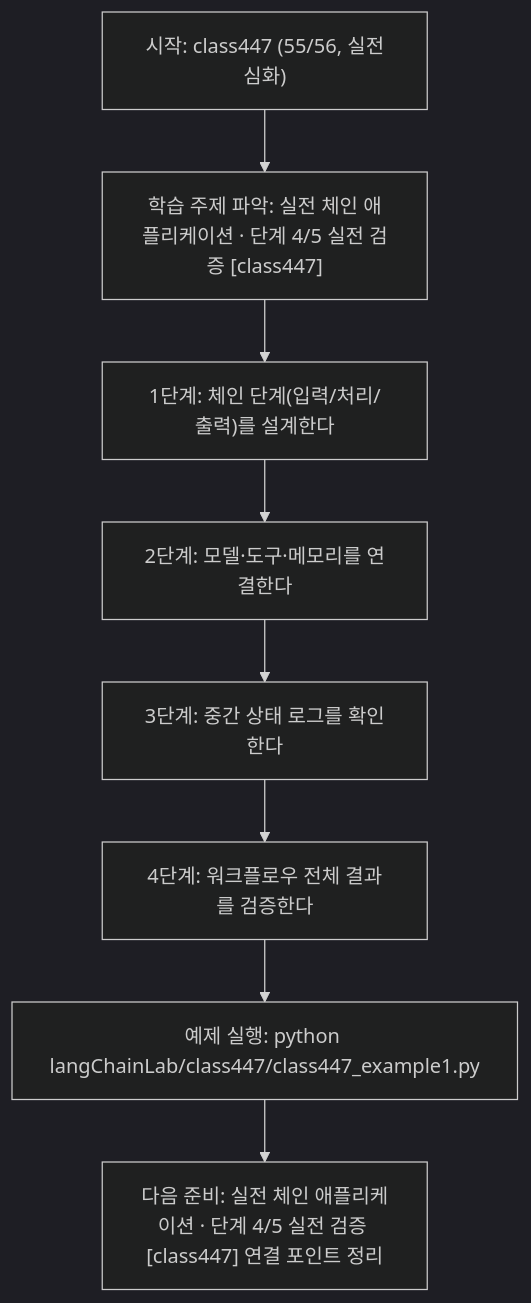
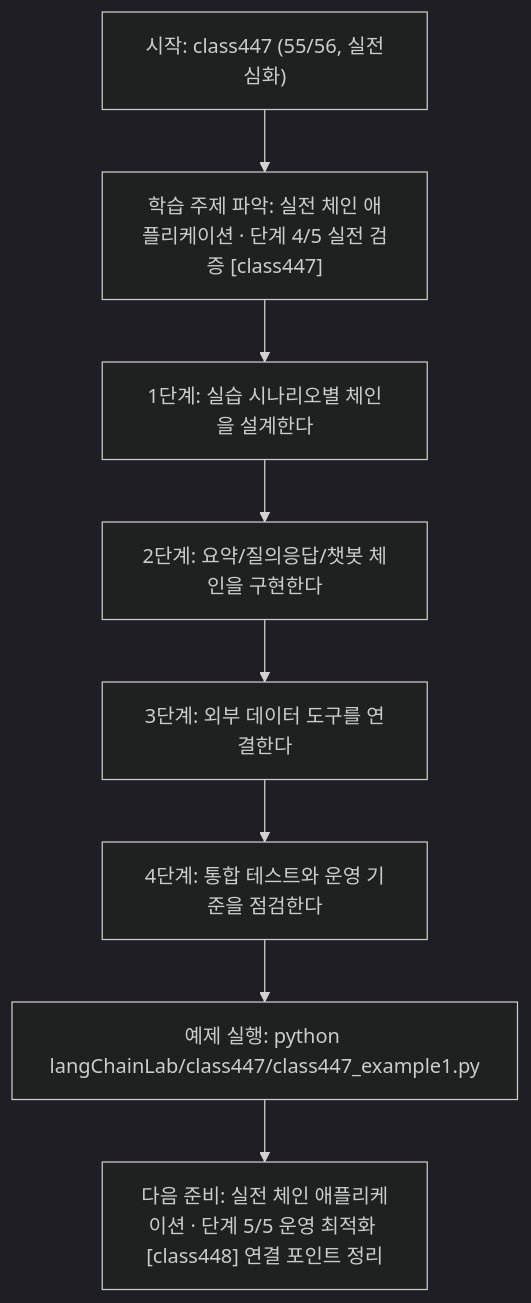
Before and after one commit to edumgt/Python-AI_Agent-Class: the diagram in langChainLab/class447/class447.md, drawn with Mermaid (dark theme). The commit also changed other lines of this file and 395 other files, not shown here.

````diff
--- a/langChainLab/class447/class447.md
+++ b/langChainLab/class447/class447.md
@@ -110,18 +91,18 @@
 ```mermaid
 flowchart TD
 N1["시작: class447 (55/56, 실전심화)"]
 N2["학습 주제 파악: 실전 체인 애플리케이션 · 단계 4/5 실전 검증 [class447]"]
-N3["1단계: 체인 단계(입력/처리/출력)를 설계한다"]
-N4["2단계: 모델·도구·메모리를 연결한다"]
-N5["3단계: 중간 상태 로그를 확인한다"]
-N6["4단계: 워크플로우 전체 결과를 검증한다"]
+N3["1단계: 실습 시나리오별 체인을 설계한다"]
+N4["2단계: 요약/질의응답/챗봇 체인을 구현한다"]
+N5["3단계: 외부 데이터 도구를 연결한다"]
+N6["4단계: 통합 테스트와 운영 기준을 점검한다"]
 N7["예제 실행: python langChainLab/class447/class447_example1.py"]
-N8["다음 준비: 실전 체인 애플리케이션 · 단계 4/5 실전 검증 [class447] 연결 포인트 정리"]
+N8["다음 준비: 실전 체인 애플리케이션 · 단계 5/5 운영 최적화 [class448] 연결 포인트 정리"]
 N1 --> N2
 N2 --> N3
 N3 --> N4
 N4 --> N5
 N5 --> N6
 N6 --> N7
 N7 --> N8
 ```
````
